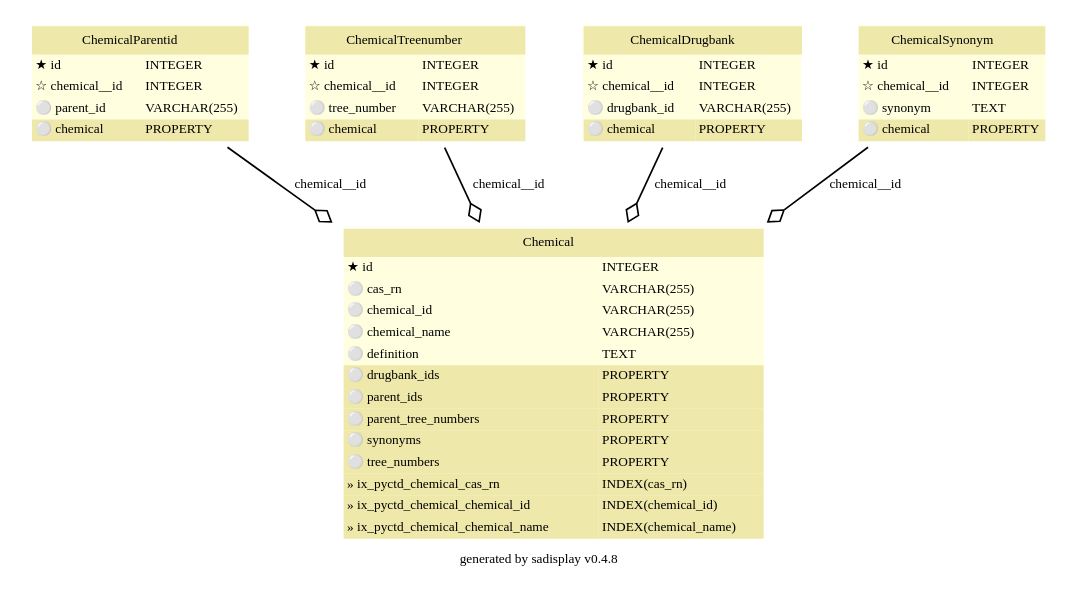
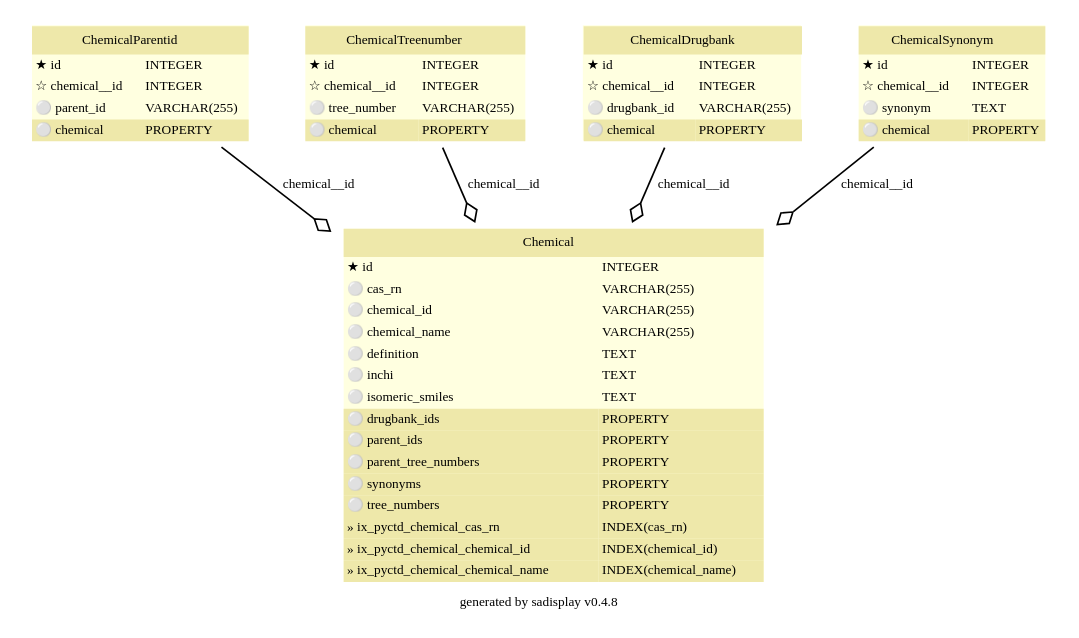
One commit to cebel/pyctd changed the diagram in docs/source/_static/models/chemical.dot. Above: the diagram before and after it, drawn with Graphviz. The commit also changed 14 other files, not shown here.

```diff
--- a/docs/source/_static/models/chemical.dot
+++ b/docs/source/_static/models/chemical.dot
@@ -40,6 +40,14 @@
         ><FONT FACE="Bitstream Vera Sans">VARCHAR(255)</FONT
         ></TD></TR> <TR><TD ALIGN="LEFT" BORDER="0"
         ><FONT FACE="Bitstream Vera Sans">⚪ definition</FONT
+        ></TD><TD ALIGN="LEFT"
+        ><FONT FACE="Bitstream Vera Sans">TEXT</FONT
+        ></TD></TR> <TR><TD ALIGN="LEFT" BORDER="0"
+        ><FONT FACE="Bitstream Vera Sans">⚪ inchi</FONT
+        ></TD><TD ALIGN="LEFT"
+        ><FONT FACE="Bitstream Vera Sans">TEXT</FONT
+        ></TD></TR> <TR><TD ALIGN="LEFT" BORDER="0"
+        ><FONT FACE="Bitstream Vera Sans">⚪ isomeric_smiles</FONT
         ></TD><TD ALIGN="LEFT"
         ><FONT FACE="Bitstream Vera Sans">TEXT</FONT
         ></TD></TR><TR><TD ALIGN="LEFT" BORDER="0"
```
